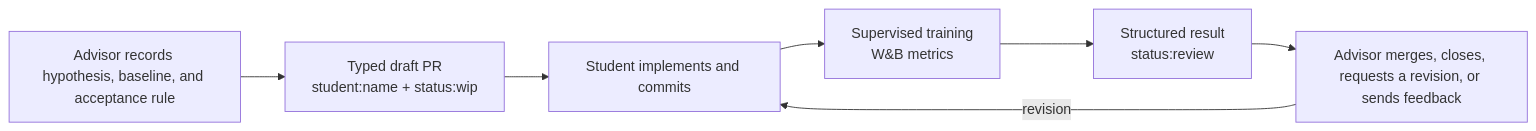
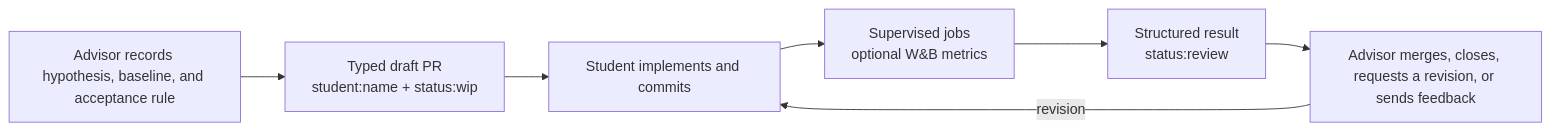
One commit to wandb/senpai changed the first of 2 diagrams in README.md. Above: the diagram before and after it, drawn with Mermaid. The commit also changed other lines of this file and 31 other files, not shown here.

Commit message:
Generalize supervised jobs and retire think tool

````diff
--- a/README.md
+++ b/README.md
@@ -482,12 +488,12 @@
 ```mermaid
 flowchart LR
     H["Advisor records hypothesis, baseline, and acceptance rule"]
     P["Typed draft PR<br/>student:name + status:wip"]
     I["Student implements and commits"]
-    T["Supervised training<br/>W&B metrics"]
+    T["Supervised jobs<br/>optional W&B metrics"]
     R["Structured result<br/>status:review"]
     D["Advisor merges, closes, requests a revision, or sends feedback"]
 
     H --> P --> I --> T --> R --> D
     D -->|revision| I
 ```
````
